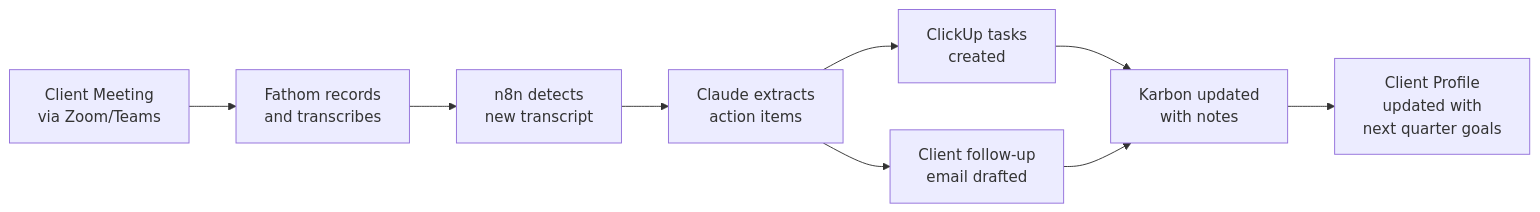
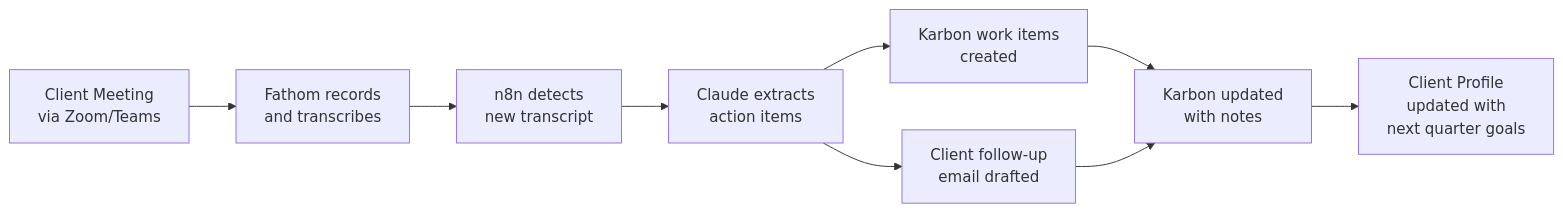
Diagram 15 of 20 in docs/quarterly-meeting-automation/05-Comprehensive-Workflow-Documentation.md (dkinvestments-art/n8n), drawn with Mermaid before and after one commit. The commit also changed other lines of this file, not shown here.

First line of the commit message:
docs: Apply payroll-manual and Karbon task changes to workflow doc

````diff
--- a/docs/quarterly-meeting-automation/05-Comprehensive-Workflow-Documentation.md
+++ b/docs/quarterly-meeting-automation/05-Comprehensive-Workflow-Documentation.md
@@ -846,11 +832,11 @@
 ```mermaid
 flowchart LR
     MEET[Client Meeting<br/>via Zoom/Teams] --> FATHOM[Fathom records<br/>and transcribes]
     FATHOM --> N8N[n8n detects<br/>new transcript]
     N8N --> CLAUDE[Claude extracts<br/>action items]
-    CLAUDE --> TASKS[ClickUp tasks<br/>created]
+    CLAUDE --> TASKS[Karbon work items<br/>created]
     CLAUDE --> EMAIL[Client follow-up<br/>email drafted]
     TASKS --> KARBON[Karbon updated<br/>with notes]
     EMAIL --> KARBON
     KARBON --> PROFILE[Client Profile<br/>updated with<br/>next quarter goals]
 ```
````
